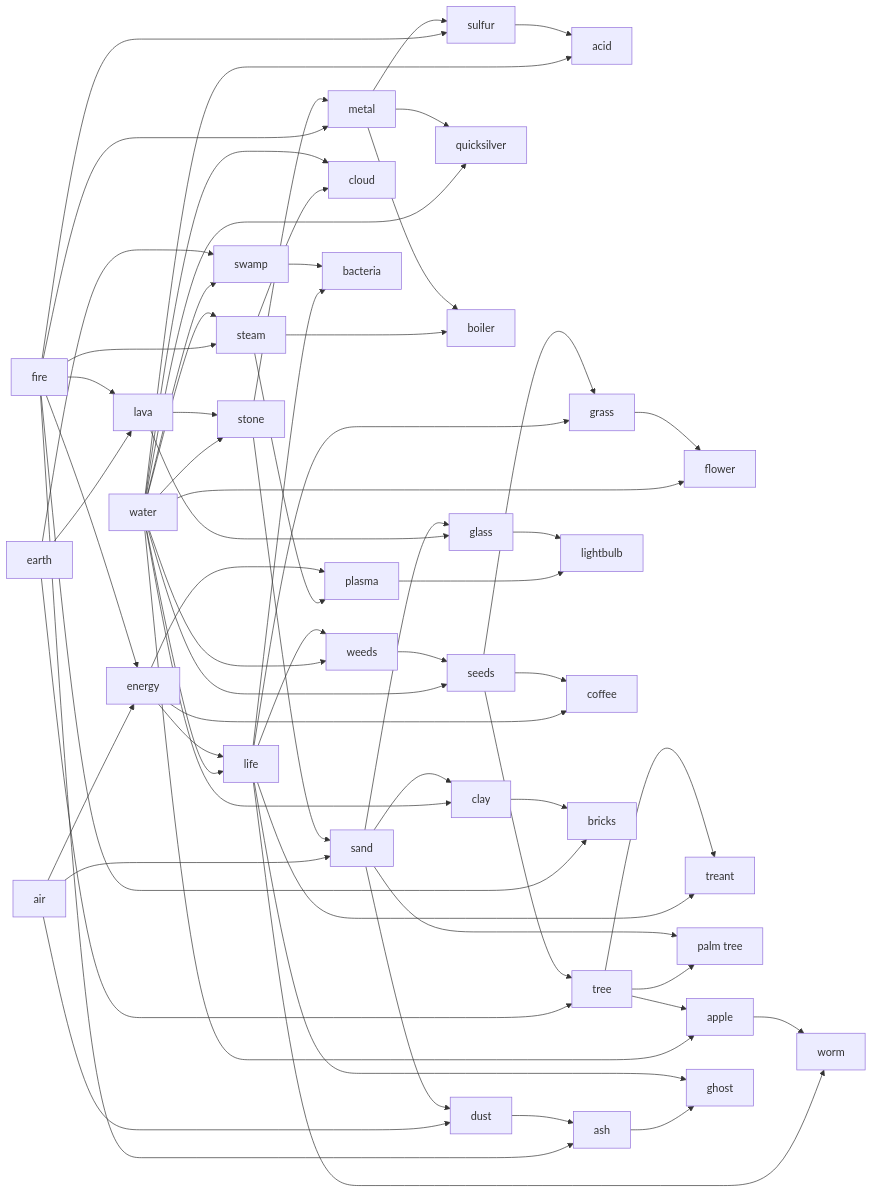
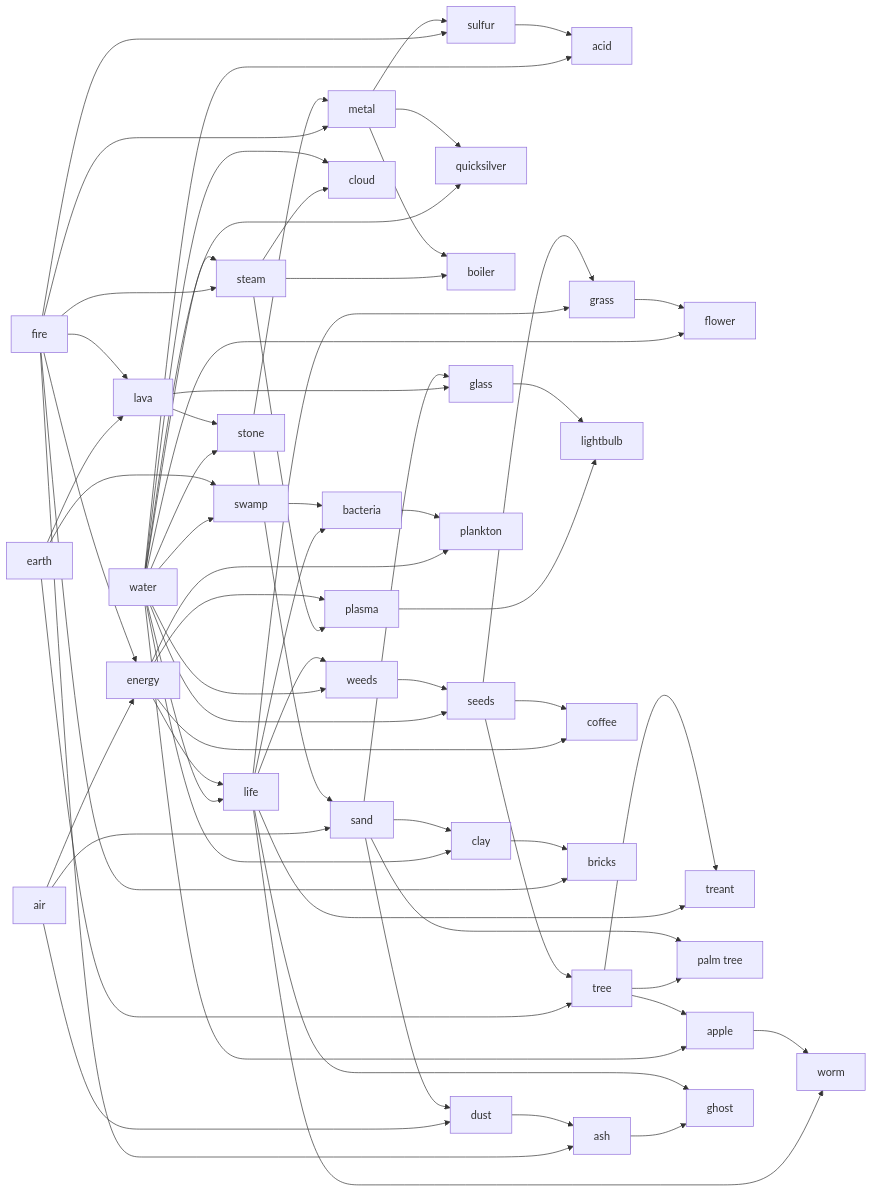
Before and after one commit to res0nat0r/doodle-god: the diagram in README.md, drawn with Mermaid.

Commit message:
plankton

````diff
--- a/README.md
+++ b/README.md
@@ -99,4 +99,7 @@
 
 swamp --> bacteria
 life --> bacteria
+
+bacteria --> plankton
+energy --> plankton
 ```
````
